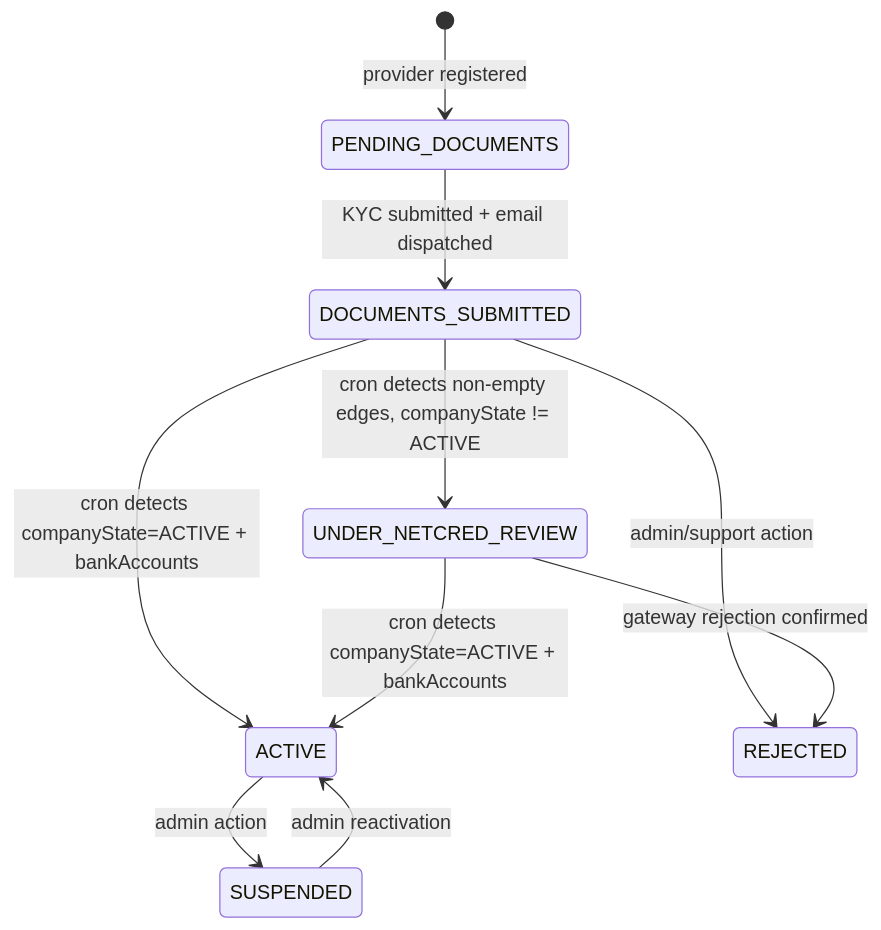
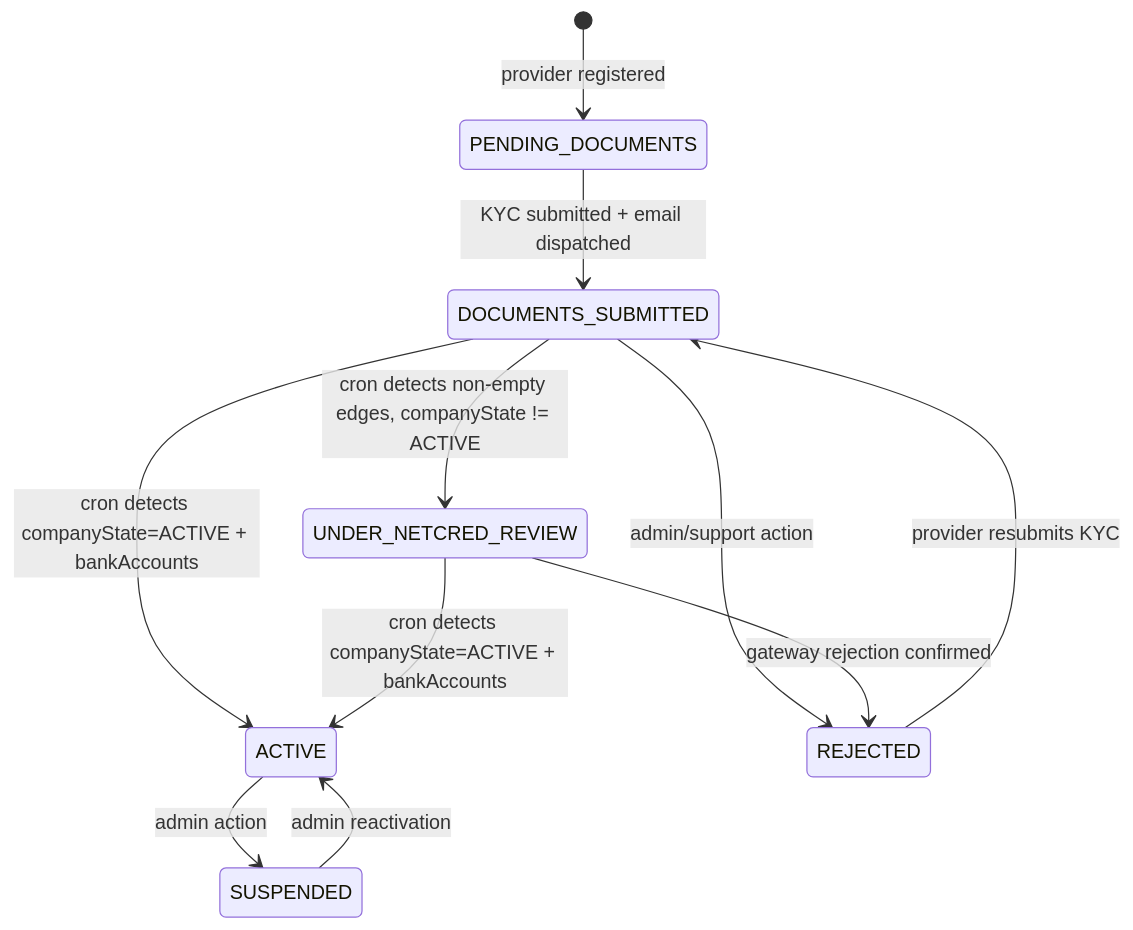
One commit to higorpo/renovi-orbit-test changed the fifth of 18 diagrams in docs/payment-system/design.md. Above: the diagram before and after it, drawn with Mermaid. The commit also changed other lines of this file and 101 other files, not shown here.

````diff
--- a/docs/payment-system/design.md
+++ b/docs/payment-system/design.md
@@ -337,12 +337,13 @@
 ```mermaid
 stateDiagram-v2
     [*] --> PENDING_DOCUMENTS: provider registered
     PENDING_DOCUMENTS --> DOCUMENTS_SUBMITTED: KYC submitted + email dispatched
     DOCUMENTS_SUBMITTED --> UNDER_NETCRED_REVIEW: cron detects non-empty edges, companyState != ACTIVE
     DOCUMENTS_SUBMITTED --> ACTIVE: cron detects companyState=ACTIVE + bankAccounts
     UNDER_NETCRED_REVIEW --> ACTIVE: cron detects companyState=ACTIVE + bankAccounts
     ACTIVE --> SUSPENDED: admin action
     SUSPENDED --> ACTIVE: admin reactivation
     DOCUMENTS_SUBMITTED --> REJECTED: admin/support action
     UNDER_NETCRED_REVIEW --> REJECTED: gateway rejection confirmed
+    REJECTED --> DOCUMENTS_SUBMITTED: provider resubmits KYC
 ```
````
